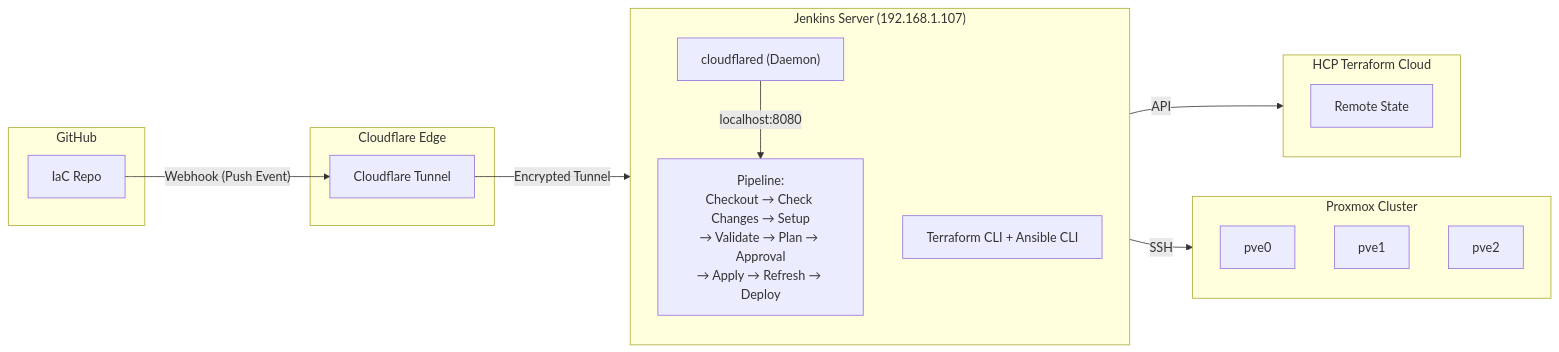
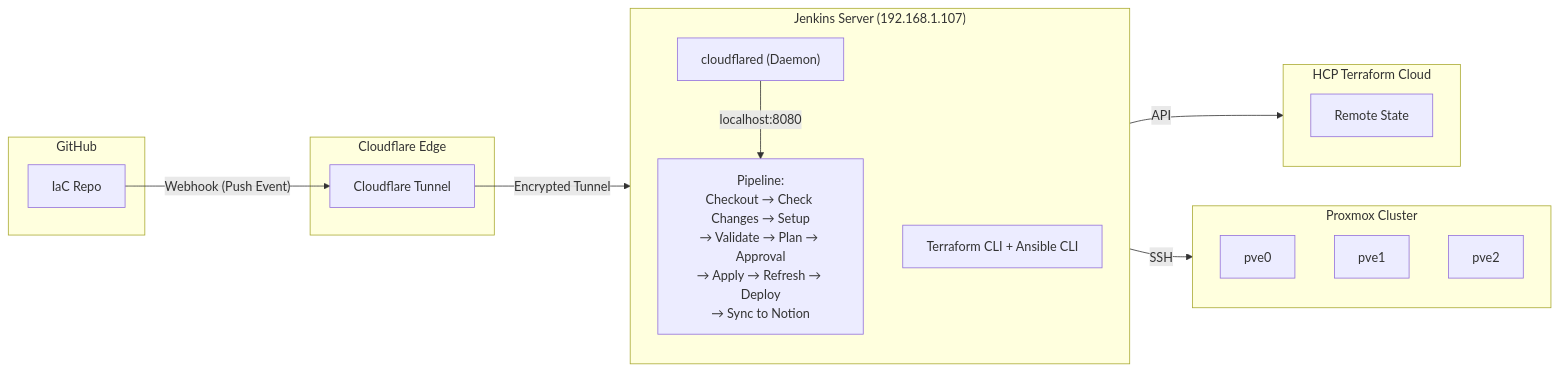
The first of 5 diagrams in docs/designs/cicd-architecture.md (blue126/IaC), drawn with Mermaid before and after one commit. The commit also changed other lines of this file and 4 other files, not shown here.

Commit message:
feat(cicd): skip approval when no TF changes, add notion sync to docs, consolidate requirements

````diff
--- a/docs/designs/cicd-architecture.md
+++ b/docs/designs/cicd-architecture.md
@@ -92,34 +92,34 @@
 ```mermaid
 flowchart LR
     subgraph GitHub["GitHub"]
         Repo[IaC Repo]
     end
 
     subgraph CF["Cloudflare Edge"]
         Tunnel["Cloudflare Tunnel"]
     end
 
     subgraph Jenkins["Jenkins Server (192.168.1.107)"]
         direction TB
         Cloudflared["cloudflared (Daemon)"]
-        Pipeline["Pipeline:<br/>Checkout → Check Changes → Setup<br/>→ Validate → Plan → Approval<br/>→ Apply → Refresh → Deploy"]
+        Pipeline["Pipeline:<br/>Checkout → Check Changes → Setup<br/>→ Validate → Plan → Approval<br/>→ Apply → Refresh → Deploy<br/>→ Sync to Notion"]
         Tools["Terraform CLI + Ansible CLI"]
     end
 
     subgraph HCP["HCP Terraform Cloud"]
         State[Remote State]
     end
 
     subgraph Proxmox["Proxmox Cluster"]
         pve0[pve0]
         pve1[pve1]
         pve2[pve2]
     end
 
     Repo -- "Webhook (Push Event)" --> Tunnel
     Tunnel -- "Encrypted Tunnel" --> Cloudflared
     Cloudflared -- "localhost:8080" --> Pipeline
 
     Pipeline -- "API" --> HCP
     Pipeline -- "SSH" --> Proxmox
 ```
````
